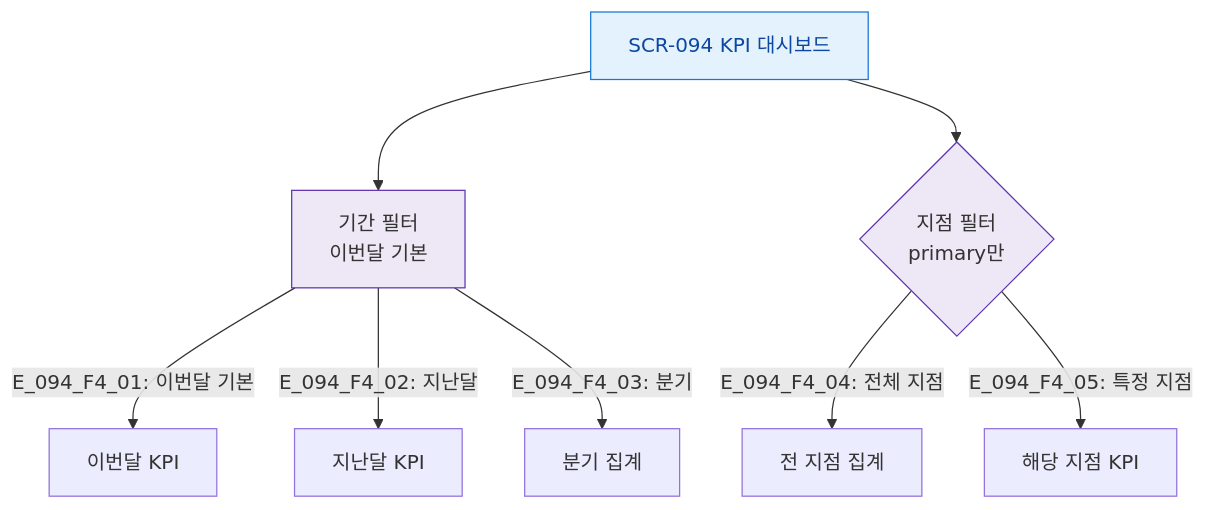
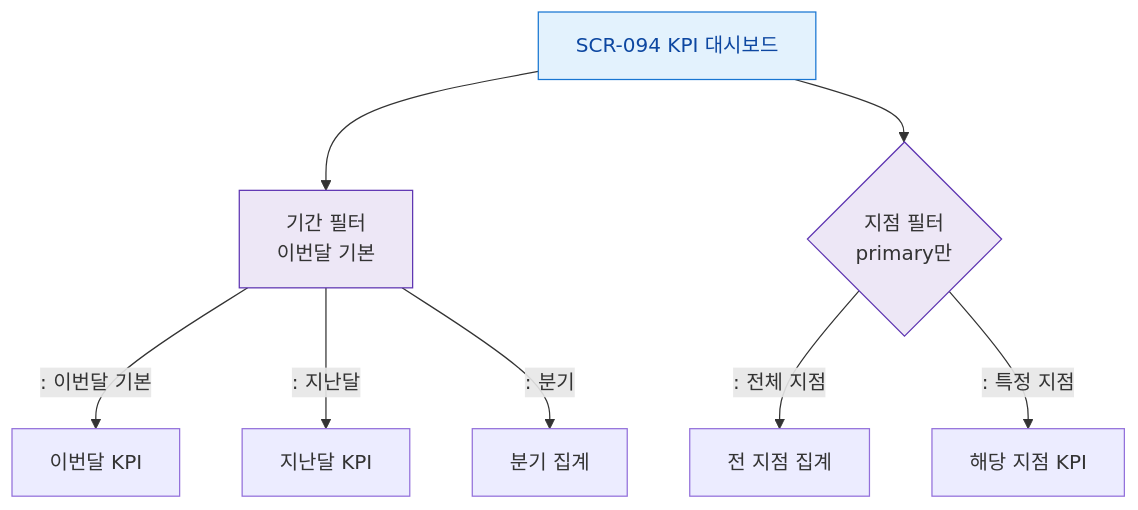
Before and after one commit to dev-spogym/admin-pando: the diagram in docs/다이어그램/D10_본사관리/SCR-094_KPI대시보드/F4_필터.md, drawn with Mermaid. The commit also changed other lines of this file and 1660 other files, not shown here.

First line of the commit message:
다이어그램: 기획자/클라이언트 납품본으로 정리

````diff
--- a/docs/다이어그램/D10_본사관리/SCR-094_KPI대시보드/F4_필터.md
+++ b/docs/다이어그램/D10_본사관리/SCR-094_KPI대시보드/F4_필터.md
@@ -14,18 +12,18 @@
 ```mermaid
 flowchart TD
   SCR_094[SCR-094 KPI 대시보드] --> PeriodFilter[기간 필터\n이번달 기본]
 
-  PeriodFilter -->|"E_094_F4_01: 이번달 기본"| ThisMonth[이번달 KPI]
-  PeriodFilter -->|"E_094_F4_02: 지난달"| LastMonth[지난달 KPI]
-  PeriodFilter -->|"E_094_F4_03: 분기"| Quarter[분기 집계]
+  PeriodFilter -->|": 이번달 기본"|ThisMonth[이번달 KPI]
+  PeriodFilter -->|": 지난달"|LastMonth[지난달 KPI]
+  PeriodFilter -->|": 분기"|Quarter[분기 집계]
 
   SCR_094 --> BranchFilter{지점 필터\nprimary만}
-  BranchFilter -->|"E_094_F4_04: 전체 지점"| AllBranch[전 지점 집계]
-  BranchFilter -->|"E_094_F4_05: 특정 지점"| OneBranch[해당 지점 KPI]
+  BranchFilter -->|": 전체 지점"|AllBranch[전 지점 집계]
+  BranchFilter -->|": 특정 지점"|OneBranch[해당 지점 KPI]
 
   classDef screen fill:#E3F2FD,stroke:#1976D2,color:#0D47A1
   classDef system fill:#EDE7F6,stroke:#5E35B2
 
   class SCR_094 screen
   class PeriodFilter,BranchFilter system
 ```
````
